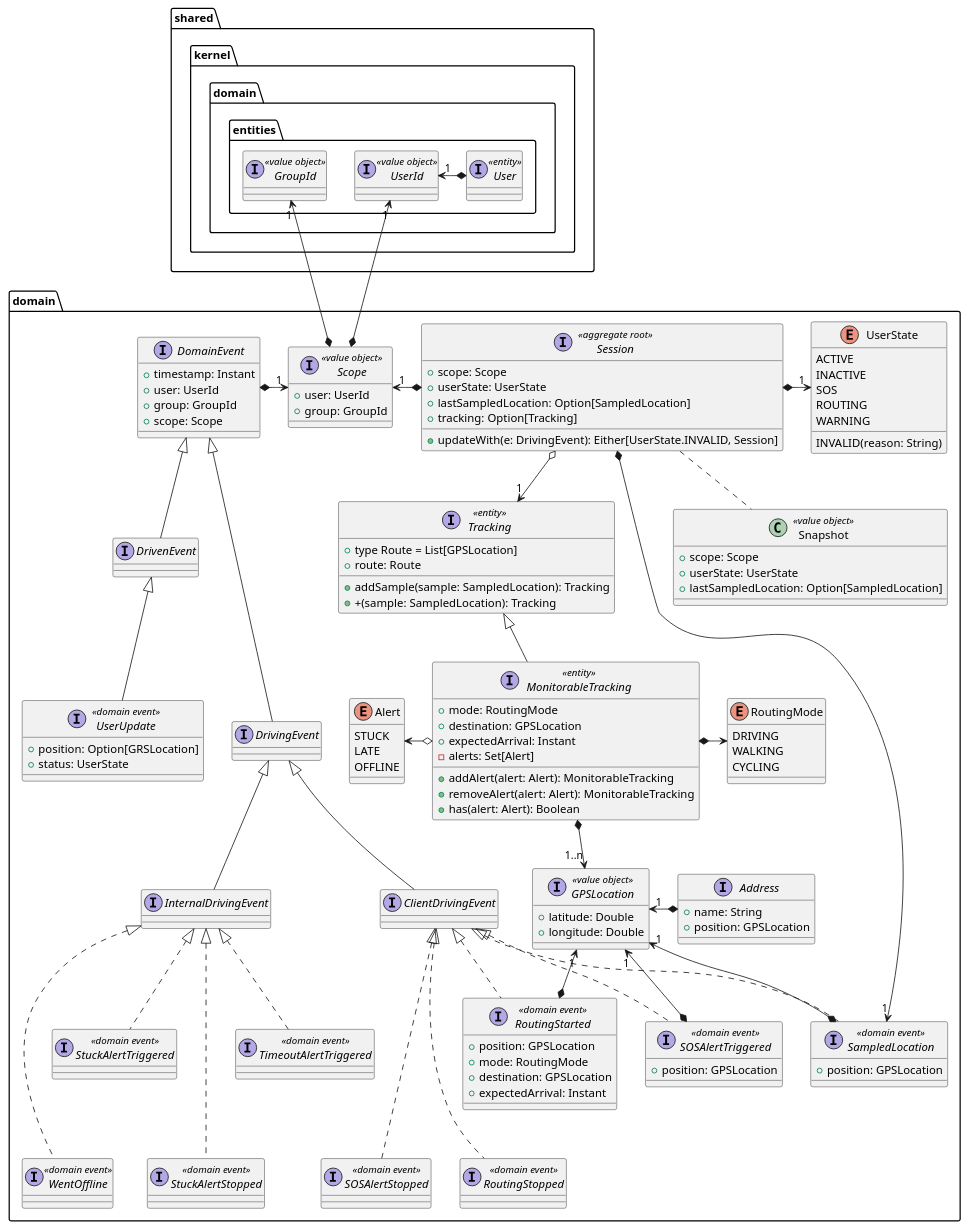
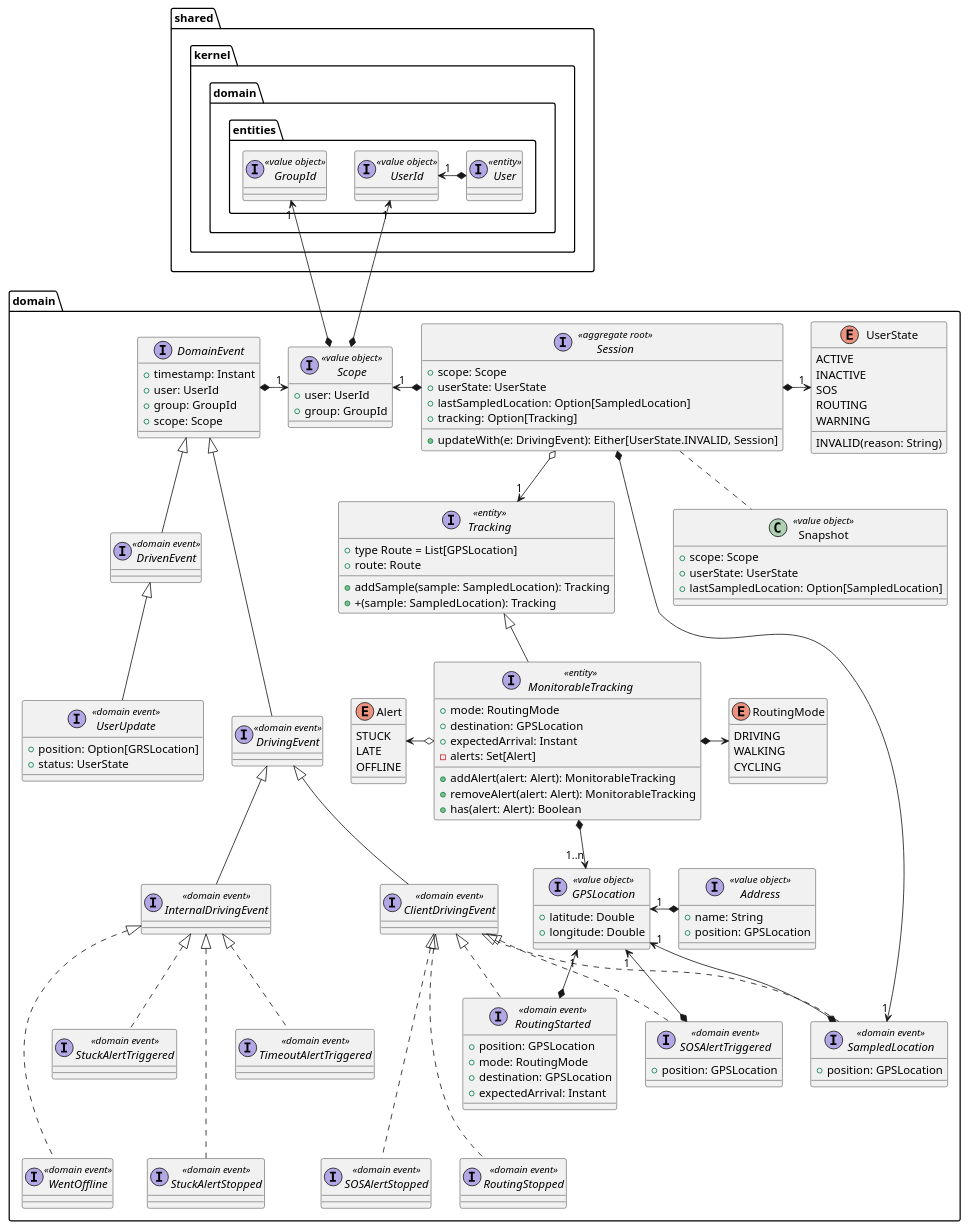
One commit to position-pal/Documentation changed the first of 4 diagrams in content/docs/4-detailed-design/2-location-service.md. Above: the diagram before and after it, drawn with PlantUML. The commit also changed other lines of this file and 12 other files, not shown here.

```diff
--- a/content/docs/4-detailed-design/2-location-service.md
+++ b/content/docs/4-detailed-design/2-location-service.md
@@ -40,7 +40,7 @@
         + longitude: Double
     }
 
-    interface Address {
+    interface Address <<value object>> {
         + name: String
         + position: GPSLocation
     }
@@ -58,14 +58,14 @@
     '''GroupId "1" <---* DomainEvent
     DomainEvent *-right-> "1" Scope
 
-    interface DrivenEvent extends DomainEvent
+    interface DrivenEvent <<domain event>> extends DomainEvent
     interface UserUpdate <<domain event>> implements DrivenEvent {
         + position: Option[GRSLocation]
         + status: UserState
     }
 
-    interface DrivingEvent extends DomainEvent
-    interface ClientDrivingEvent extends DrivingEvent
+    interface DrivingEvent <<domain event>> extends DomainEvent
+    interface ClientDrivingEvent <<domain event>> extends DrivingEvent
 
     interface SampledLocation <<domain event>> {
         + position: GPSLocation
@@ -87,7 +87,7 @@
     interface RoutingStopped <<domain event>> 
     ClientDrivingEvent <|... RoutingStopped
 
-    interface InternalDrivingEvent extends DrivingEvent
+    interface InternalDrivingEvent <<domain event>> extends DrivingEvent
     interface WentOffline <<domain event>>
     InternalDrivingEvent <|... WentOffline
     interface StuckAlertTriggered <<domain event>> 
```
